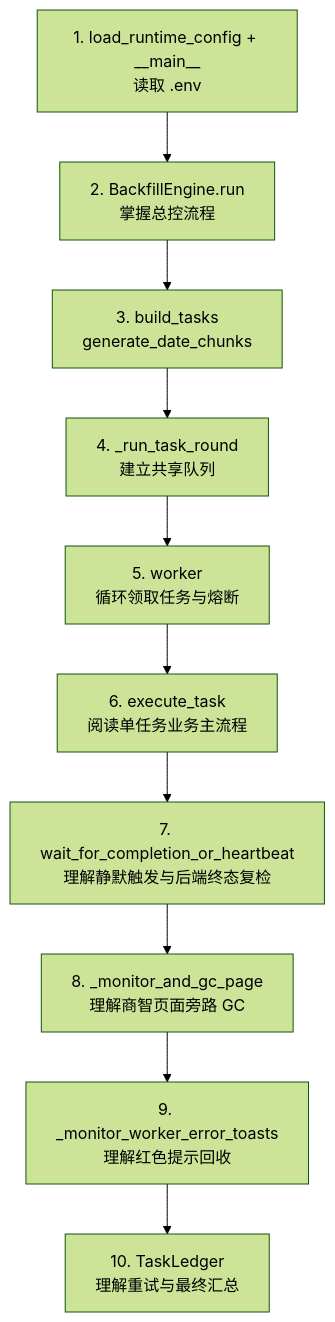
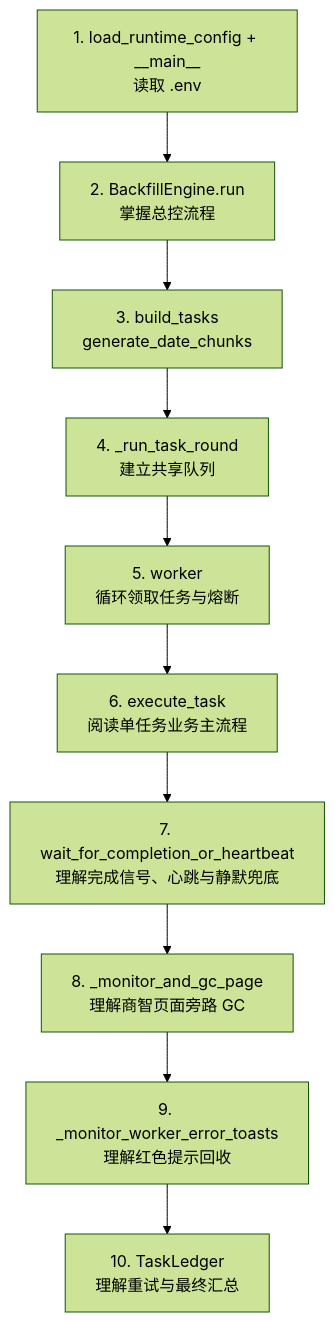
The third of 15 diagrams in ARCHITECTURE.md (liao084/BitBrowser-Backfill-Engine), drawn with Mermaid (forest theme) before and after one commit. The commit also changed other lines of this file and 2 other files, not shown here.

Commit message:
feat: recognize data completion signal

````diff
--- a/ARCHITECTURE.md
+++ b/ARCHITECTURE.md
@@ -129,12 +129,12 @@
 ```mermaid
 flowchart TD
     A["1. load_runtime_config + __main__<br/>读取 .env"] --> B["2. BackfillEngine.run<br/>掌握总控流程"]
     B --> C["3. build_tasks<br/>generate_date_chunks"]
     C --> D["4. _run_task_round<br/>建立共享队列"]
     D --> E["5. worker<br/>循环领取任务与熔断"]
     E --> F["6. execute_task<br/>阅读单任务业务主流程"]
-    F --> G["7. wait_for_completion_or_heartbeat<br/>理解静默触发与后端终态复检"]
+    F --> G["7. wait_for_completion_or_heartbeat<br/>理解完成信号、心跳与静默兜底"]
     G --> H["8. _monitor_and_gc_page<br/>理解商智页面旁路 GC"]
     H --> I["9. _monitor_worker_error_toasts<br/>理解红色提示回收"]
     I --> J["10. TaskLedger<br/>理解重试与最终汇总"]
 ```
````
